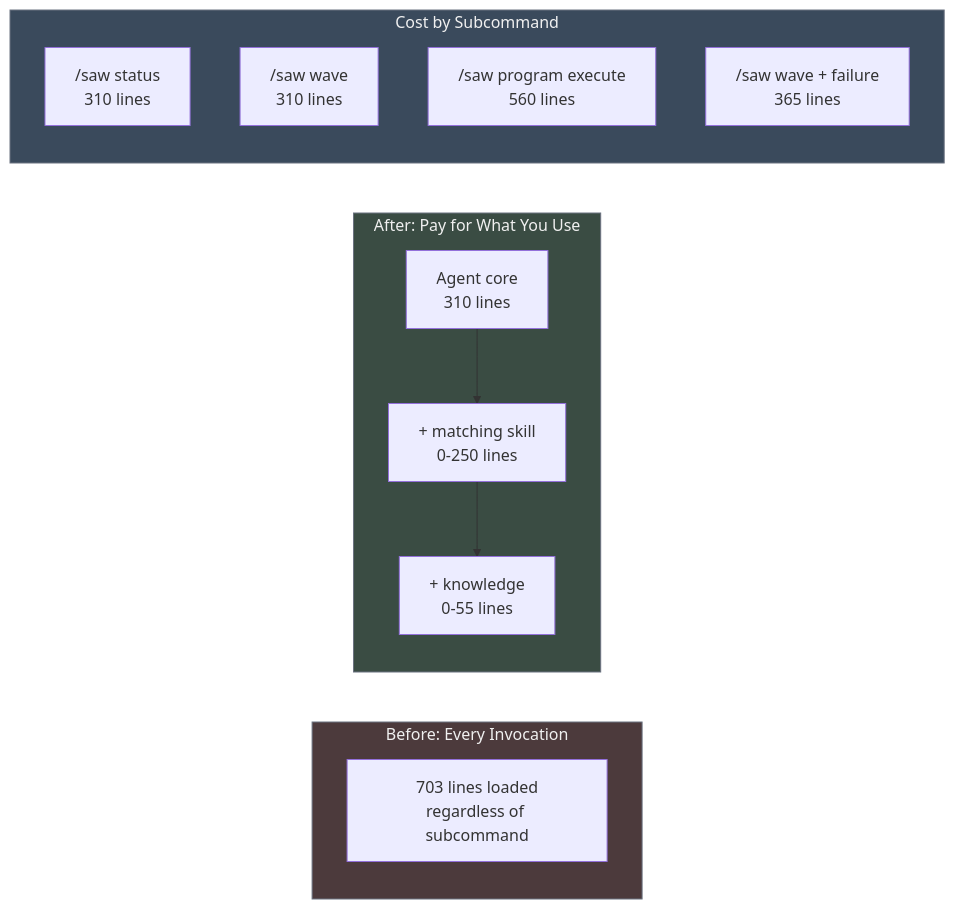
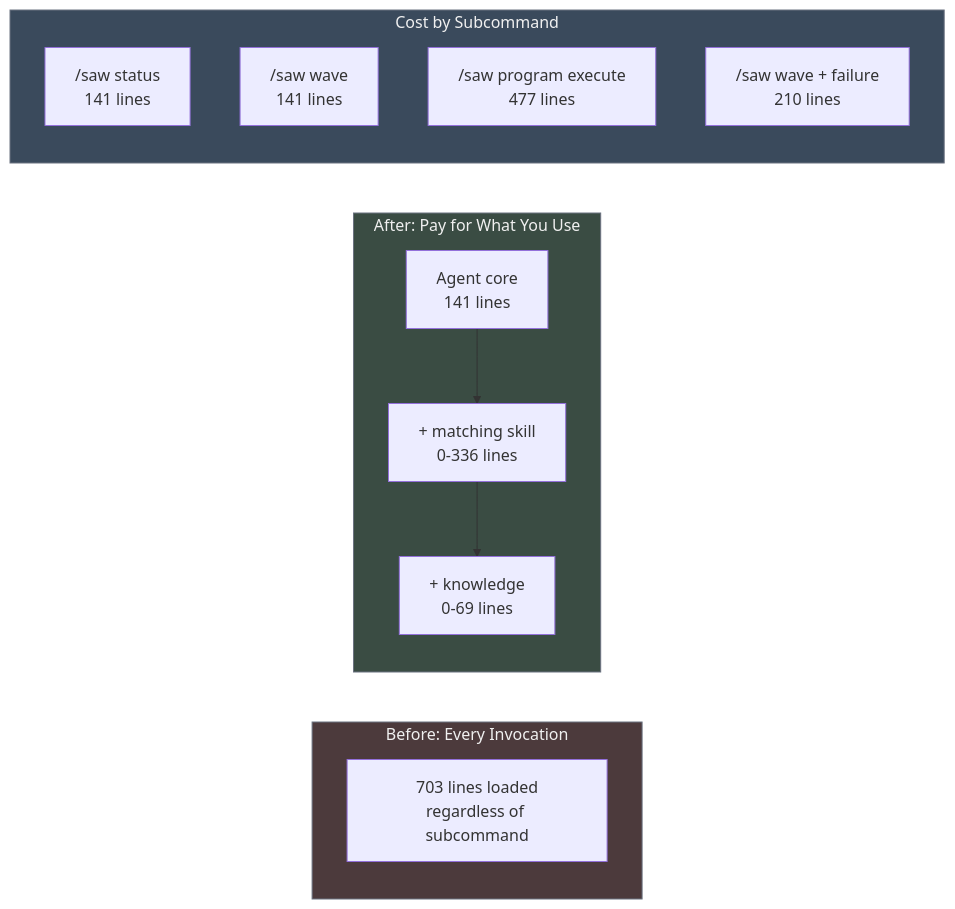
Before and after one commit to blackwell-systems/blog: the fifth of 6 diagrams in content/posts/agent-skill-boundary.md, drawn with Mermaid. The commit also changed other lines of this file and 1 other file, not shown here.

```diff
--- a/content/posts/agent-skill-boundary.md
+++ b/content/posts/agent-skill-boundary.md
@@ -259,22 +260,22 @@
 {{< mermaid >}}
 flowchart LR
     subgraph before["Before: Every Invocation"]
         b1["703 lines loaded\nregardless of subcommand"]
     end
 
     subgraph after["After: Pay for What You Use"]
-        a1["Agent core\n310 lines"] --> a2["+ matching skill\n0-250 lines"]
-        a2 --> a3["+ knowledge\n0-55 lines"]
+        a1["Agent core\n141 lines"] --> a2["+ matching skill\n0-336 lines"]
+        a2 --> a3["+ knowledge\n0-69 lines"]
     end
 
     subgraph examples["Cost by Subcommand"]
-        e1["/saw status\n310 lines"]
-        e2["/saw wave\n310 lines"]
-        e3["/saw program execute\n560 lines"]
-        e4["/saw wave + failure\n365 lines"]
+        e1["/saw status\n141 lines"]
+        e2["/saw wave\n141 lines"]
+        e3["/saw program execute\n477 lines"]
+        e4["/saw wave + failure\n210 lines"]
     end
 
     style before fill:#4C3A3C,stroke:#6b7280,color:#f0f0f0
     style after fill:#3A4C43,stroke:#6b7280,color:#f0f0f0
     style examples fill:#3A4A5C,stroke:#6b7280,color:#f0f0f0
 {{< /mermaid >}}
```
